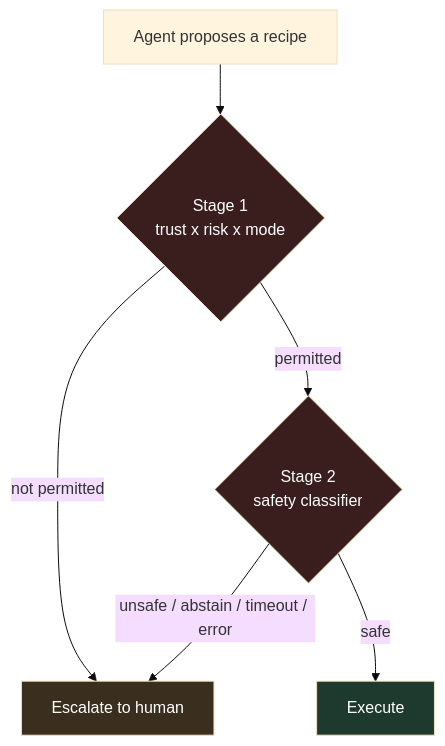
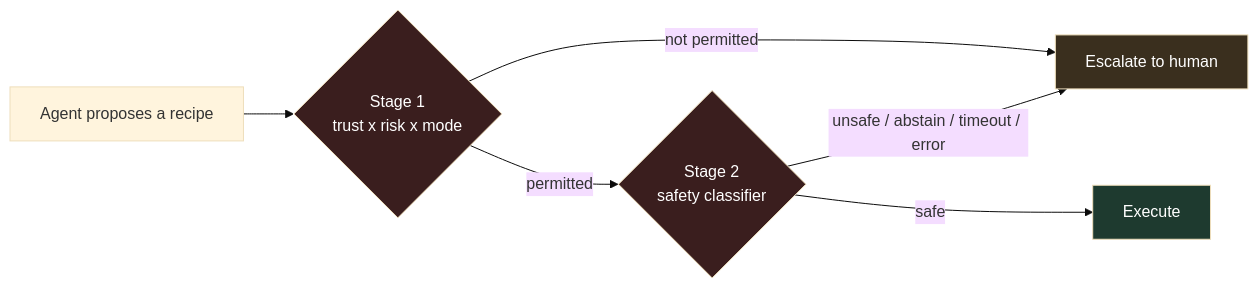
The second of 2 diagrams in 2026/05/28/openremedy-swarm-multi-llm-agents.md (bet0x/barrahome-2026), drawn with Mermaid (base theme) before and after one commit.

Commit message:
post: render approval-gate diagram horizontally (LR)

```diff
--- a/2026/05/28/openremedy-swarm-multi-llm-agents.md
+++ b/2026/05/28/openremedy-swarm-multi-llm-agents.md
@@ -101,12 +101,12 @@
 <div class="mermaid">
-flowchart TD
+flowchart LR
     P[Agent proposes a recipe] --> S1{Stage 1<br/>trust x risk x mode}
     S1 -->|not permitted| HUMAN[Escalate to human]
     S1 -->|permitted| S2{Stage 2<br/>safety classifier}
     S2 -->|safe| RUN[Execute]
     S2 -->|unsafe / abstain / timeout / error| HUMAN
     style HUMAN fill:#3a2f1e,color:#fff
     style RUN fill:#1e3a2f,color:#fff
     style S1 fill:#3a1e1e,color:#fff
     style S2 fill:#3a1e1e,color:#fff
 </div>
```
